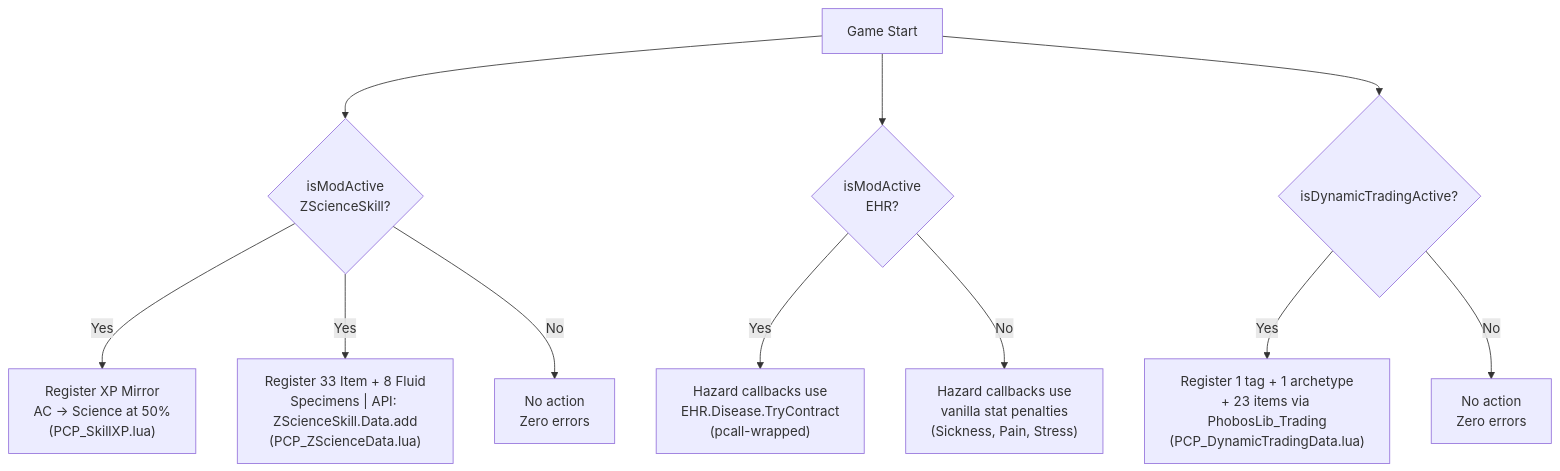
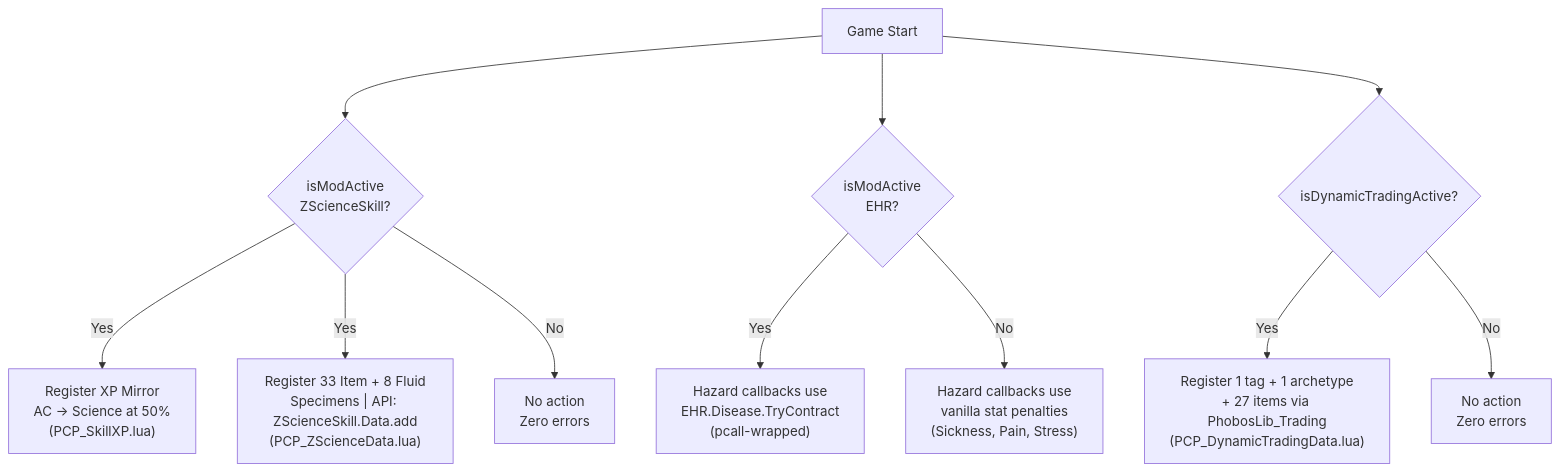
One commit to phobos-dthorga/mod-pz-chemistry-pathways changed the third of 5 diagrams in docs/diagrams/architecture.md. Above: the diagram before and after it, drawn with Mermaid. The commit also changed other lines of this file and 2 other files, not shown here.

First line of the commit message:
docs: synchronize documentation to PhobosLib v1.9.0

````diff
--- a/docs/diagrams/architecture.md
+++ b/docs/diagrams/architecture.md
@@ -126,16 +133,16 @@
 ```mermaid
 graph TB
     START["Game Start"] --> CHECK_ZSS{"isModActive<br/>ZScienceSkill?"}
     START --> CHECK_EHR{"isModActive<br/>EHR?"}
     START --> CHECK_DT{"isDynamicTradingActive?"}
 
     CHECK_ZSS -->|"Yes"| ZSS_INIT["Register XP Mirror<br/>AC -> Science at 50%<br/>(PCP_SkillXP.lua)"]
     CHECK_ZSS -->|"Yes"| ZSS_DATA["Register 33 Item + 8 Fluid<br/>Specimens | API: ZScienceSkill.Data.add<br/>(PCP_ZScienceData.lua)"]
     CHECK_ZSS -->|"No"| ZSS_SKIP["No action<br/>Zero errors"]
 
     CHECK_EHR -->|"Yes"| EHR_INIT["Hazard callbacks use<br/>EHR.Disease.TryContract<br/>(pcall-wrapped)"]
     CHECK_EHR -->|"No"| EHR_SKIP["Hazard callbacks use<br/>vanilla stat penalties<br/>(Sickness, Pain, Stress)"]
 
-    CHECK_DT -->|"Yes"| DT_INIT["Register 1 tag + 1 archetype<br/>+ 23 items via PhobosLib_Trading<br/>(PCP_DynamicTradingData.lua)"]
+    CHECK_DT -->|"Yes"| DT_INIT["Register 1 tag + 1 archetype<br/>+ 27 items via PhobosLib_Trading<br/>(PCP_DynamicTradingData.lua)"]
     CHECK_DT -->|"No"| DT_SKIP["No action<br/>Zero errors"]
 ```
````
